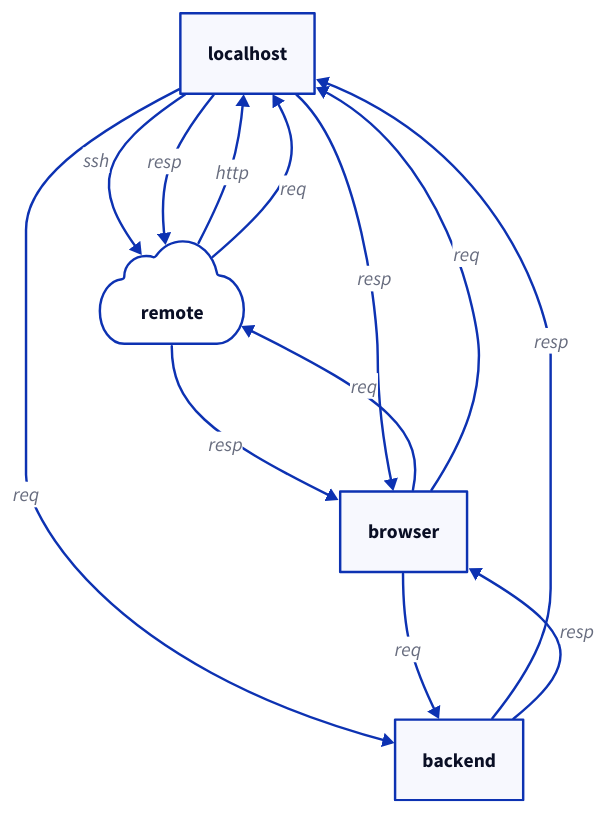
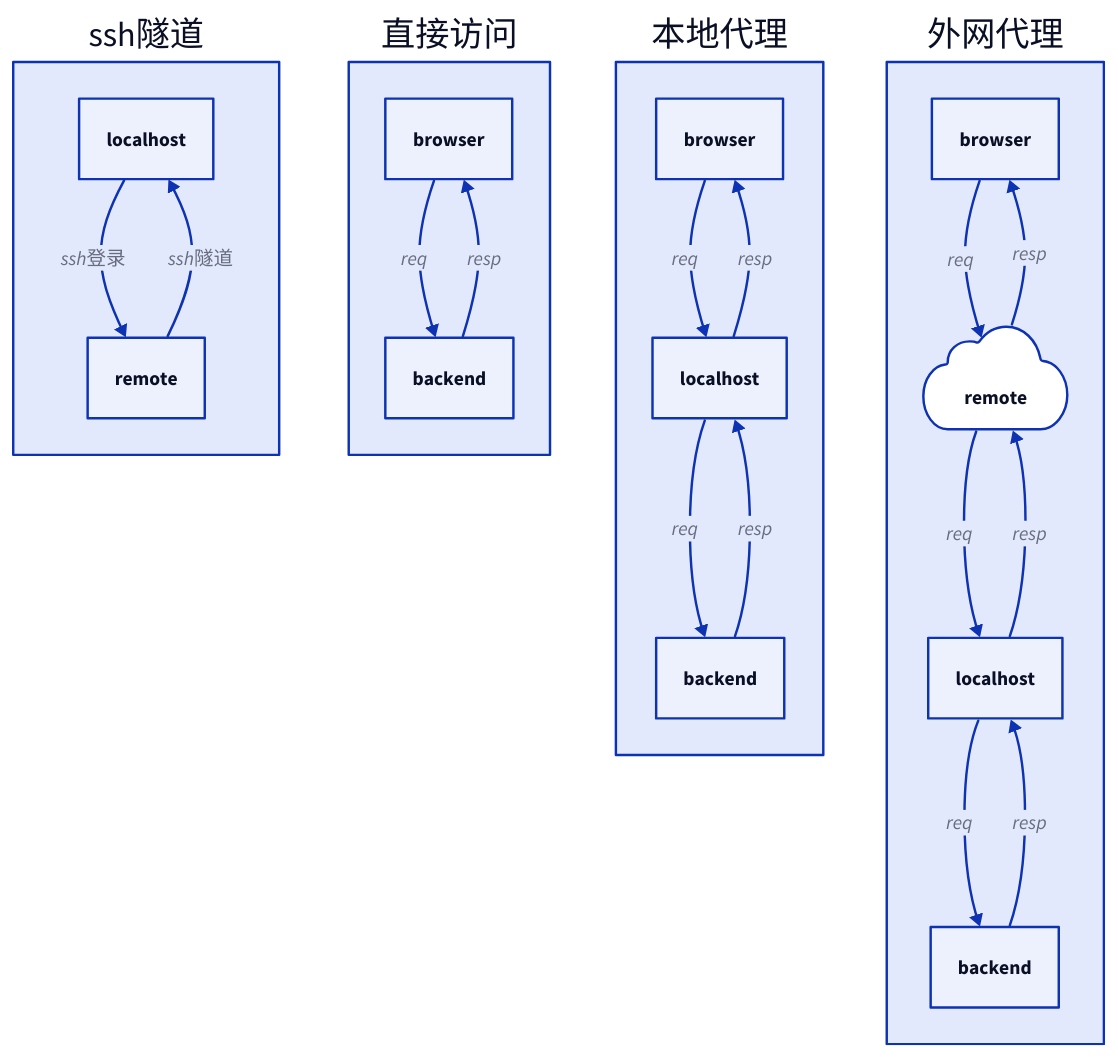
One commit to Crtrpt/Twinkle changed the diagram in flow.d2. Above: the diagram before and after it, drawn with D2. The commit also changed other lines of this file and 2 other files, not shown here.

```diff
--- a/flow.d2
+++ b/flow.d2
@@ -1,20 +1,28 @@
-localhost->remote:ssh
-remote->localhost:http
+ssh隧道:{
+    localhost->remote:ssh登录
+    remote->localhost:ssh隧道
+}
 
-remote->localhost:req
-localhost->remote:resp
+直接访问:{
+    browser->backend:req
+    browser<-backend:resp
+}
 
-localhost->backend:req
-backend->localhost:resp
+本地代理:{
+    browser->localhost:req
+    browser<-localhost:resp
+    localhost->backend:req
+    backend->localhost:resp
+}
 
-browser->remote:req
-browser<-remote:resp
-
-browser->localhost:req
-browser<-localhost:resp
-
-browser->backend:req
-browser<-backend:resp
+外网代理:{
+    browser->remote:req
+    browser<-remote:resp
+    remote->localhost:req
+    localhost->remote:resp
+    localhost->backend:req
+    backend->localhost:resp
 
 
-remote.shape:cloud
+    remote.shape:cloud
+}
```
